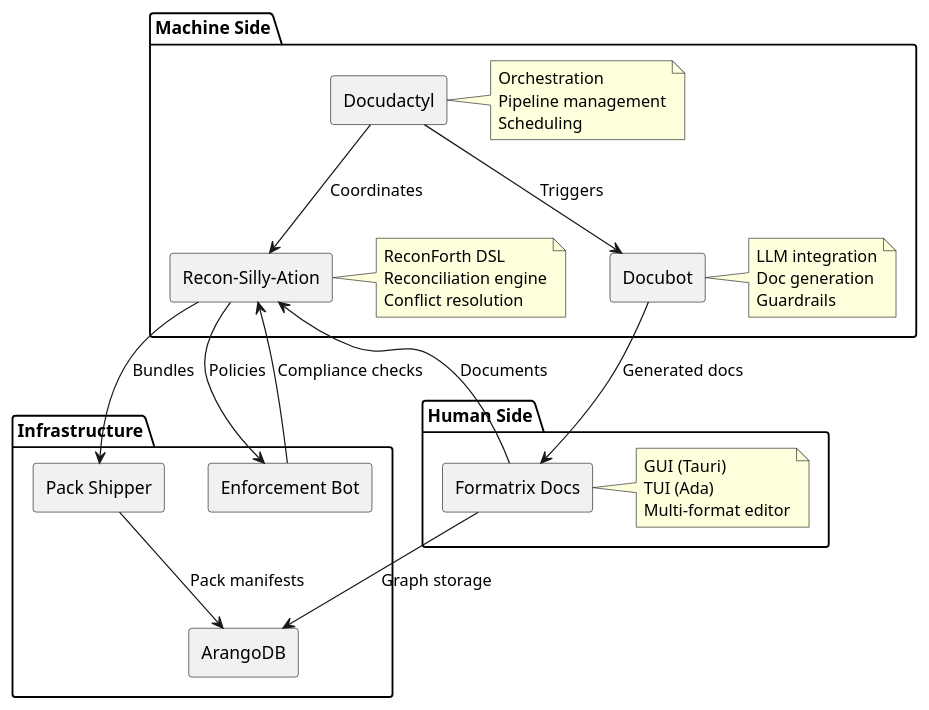
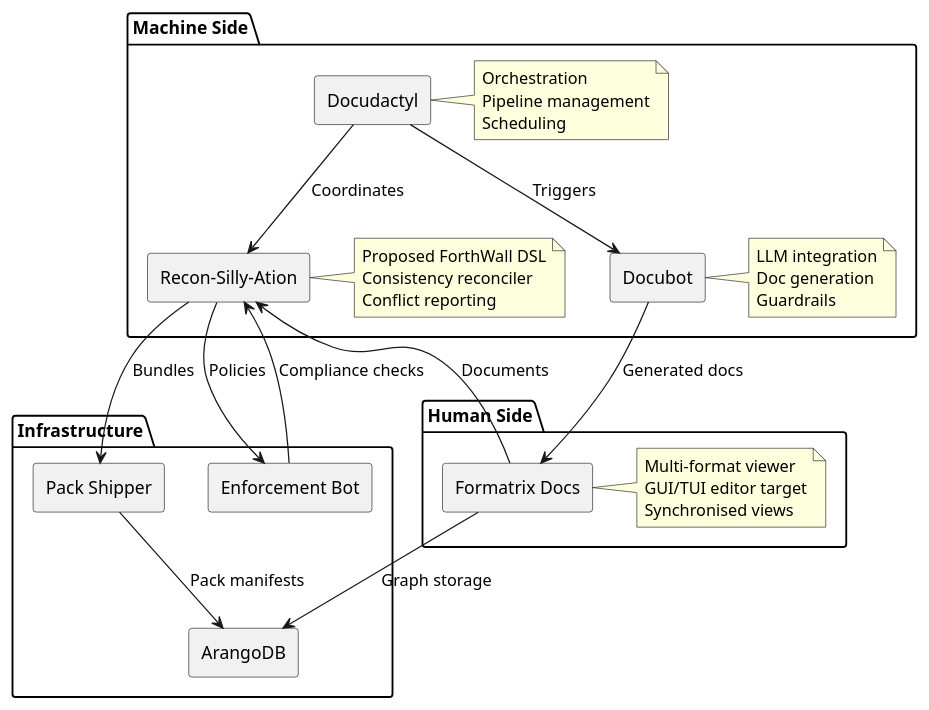
The diagram in docs/DOCUMENTATION-SYSTEM-ARCHITECTURE.adoc (hyperpolymath/docmatrix), drawn with PlantUML before and after one commit. The commit also changed other lines of this file and 19 other files, not shown here.

First line of the commit message:
docs: separate precision suite roles and ForthWall safety (#72)

```diff
--- a/docs/DOCUMENTATION-SYSTEM-ARCHITECTURE.adoc
+++ b/docs/DOCUMENTATION-SYSTEM-ARCHITECTURE.adoc
@@ -13,38 +19,38 @@
 [plantuml,components,svg]
 ----
 @startuml
 skinparam componentStyle rectangle
 
 package "Human Side" {
   [Formatrix Docs] as FD
-  note right of FD : GUI (Tauri)\nTUI (Ada)\nMulti-format editor
+  note right of FD : Multi-format viewer\nGUI/TUI editor target\nSynchronised views
 }
 
 package "Machine Side" {
   [Recon-Silly-Ation] as RSA
-  note right of RSA : ReconForth DSL\nReconciliation engine\nConflict resolution
+  note right of RSA : Proposed ForthWall DSL\nConsistency reconciler\nConflict reporting
 
   [Docubot] as DB
   note right of DB : LLM integration\nDoc generation\nGuardrails
 
   [Docudactyl] as DD
   note right of DD : Orchestration\nPipeline management\nScheduling
 }
 
 package "Infrastructure" {
   [ArangoDB] as ARANGO
   [Pack Shipper] as PS
   [Enforcement Bot] as EB
 }
 
 FD --> RSA : Documents
 FD --> ARANGO : Graph storage
 RSA --> EB : Policies
 RSA --> PS : Bundles
 DD --> RSA : Coordinates
 DD --> DB : Triggers
 DB --> FD : Generated docs
 EB --> RSA : Compliance checks
 PS --> ARANGO : Pack manifests
 @enduml
 ----
```
